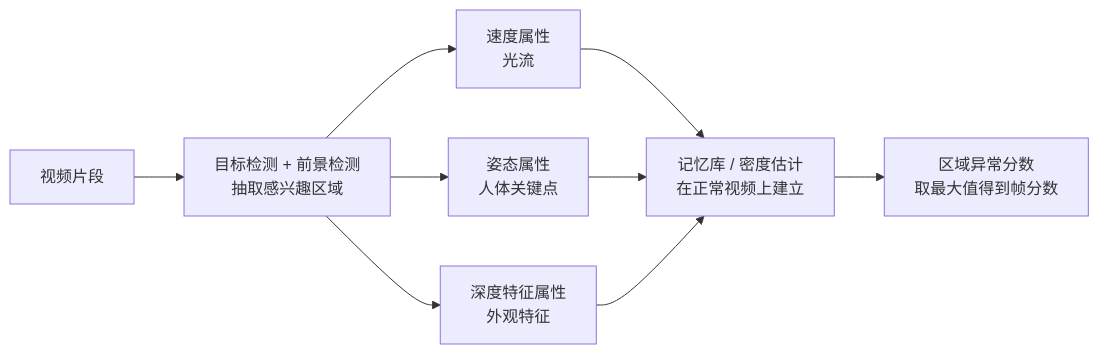
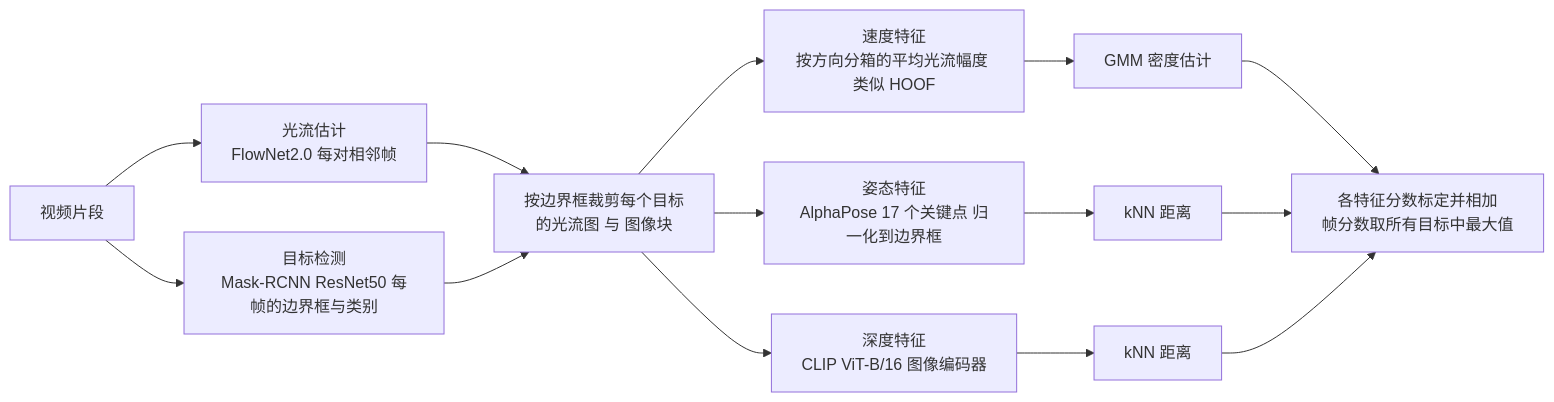
The diagram in docs/0764_paper_AIVAD.md (junxnone/aiwiki), drawn with Mermaid before and after one commit. The commit also changed other lines of this file and 1 other file, not shown here.

````diff
--- a/docs/0764_paper_AIVAD.md
+++ b/docs/0764_paper_AIVAD.md
@@ -19,11 +23,16 @@
 ```mermaid
 graph LR
-    V["视频片段"] --> D["目标检测 + 前景检测<br/>抽取感兴趣区域"]
-    D --> A1["速度属性<br/>光流"]
-    D --> A2["姿态属性<br/>人体关键点"]
-    D --> A3["深度特征属性<br/>外观特征"]
-    A1 --> M["记忆库 / 密度估计<br/>在正常视频上建立"]
-    A2 --> M
-    A3 --> M
-    M --> S["区域异常分数<br/>取最大值得到帧分数"]
+    V["视频片段"] --> OF["光流估计<br/>FlowNet2.0 每对相邻帧"]
+    V --> OD["目标检测<br/>Mask-RCNN ResNet50 每帧的边界框与类别"]
+    OF --> C["按边界框裁剪每个目标<br/>的光流图 与 图像块"]
+    OD --> C
+    C --> VEL["速度特征<br/>按方向分箱的平均光流幅度 类似 HOOF"]
+    C --> POSE["姿态特征<br/>AlphaPose 17 个关键点 归一化到边界框"]
+    C --> DEEP["深度特征<br/>CLIP ViT-B/16 图像编码器"]
+    VEL --> DE1["GMM 密度估计"]
+    POSE --> DE2["kNN 距离"]
+    DEEP --> DE3["kNN 距离"]
+    DE1 --> S["各特征分数标定并相加<br/>帧分数取所有目标中最大值"]
+    DE2 --> S
+    DE3 --> S
 ```
````
